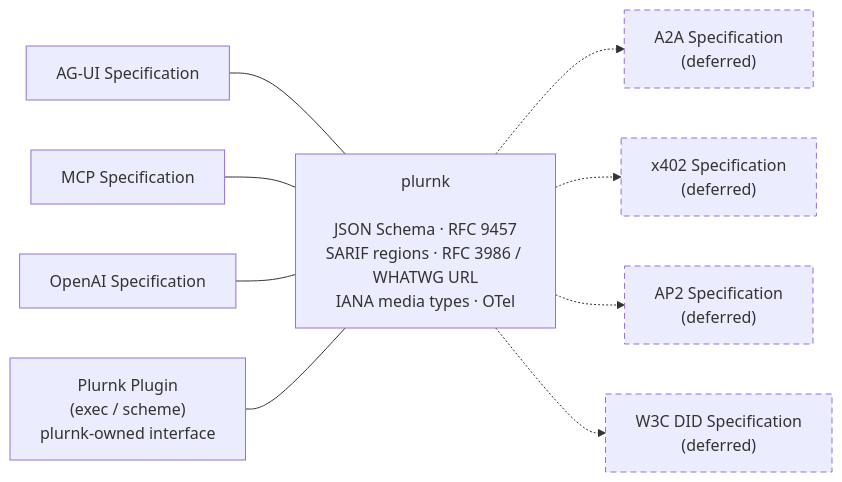
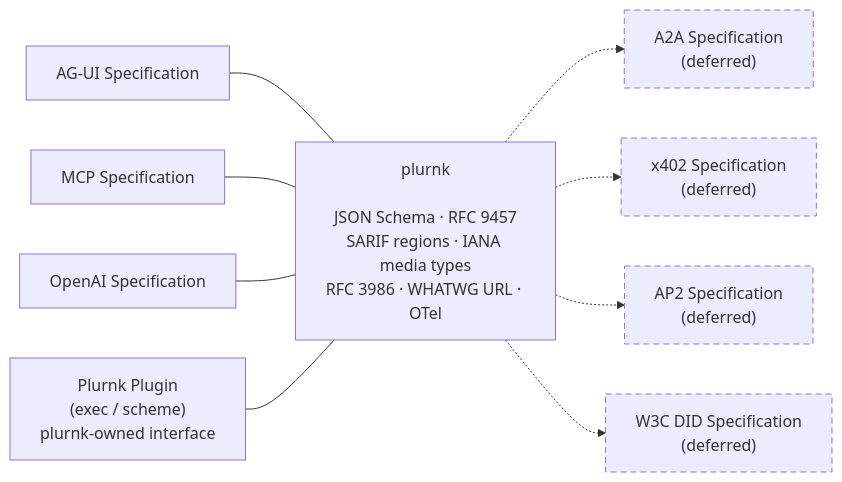
Before and after one commit to plurnk/plurnk-service: the first of 4 diagrams in ARCHITECTURE.md, drawn with Mermaid. The commit also changed 1 other file, not shown here.

Commit message:
docs: polish diagram rendering (#26)

````diff
--- a/ARCHITECTURE.md
+++ b/ARCHITECTURE.md
@@ -14,15 +14,15 @@
 ```mermaid
 flowchart LR
-    AGUI["AG-UI Specification"] --- PLURNK["plurnk<br/><br/>JSON Schema · RFC 9457<br/>SARIF regions · RFC 3986 / WHATWG URL<br/>IANA media types · OTel"]
+    AGUI["AG-UI Specification"] --- PLURNK["plurnk<br/><br/>JSON Schema · RFC 9457<br/>SARIF regions · IANA media types<br/>RFC 3986 · WHATWG URL · OTel"]
     MCP["MCP Specification"] --- PLURNK
     OPENAI["OpenAI Specification"] --- PLURNK
     PLUGIN["Plurnk Plugin<br/>(exec / scheme)<br/>plurnk-owned interface"] --- PLURNK
 
     PLURNK -.-> A2A["A2A Specification<br/>(deferred)"]
     PLURNK -.-> X402["x402 Specification<br/>(deferred)"]
     PLURNK -.-> AP2["AP2 Specification<br/>(deferred)"]
     PLURNK -.-> DID["W3C DID Specification<br/>(deferred)"]
 
     classDef deferred stroke-dasharray: 6 4;
     class A2A,X402,AP2,DID deferred;
 ```
````
